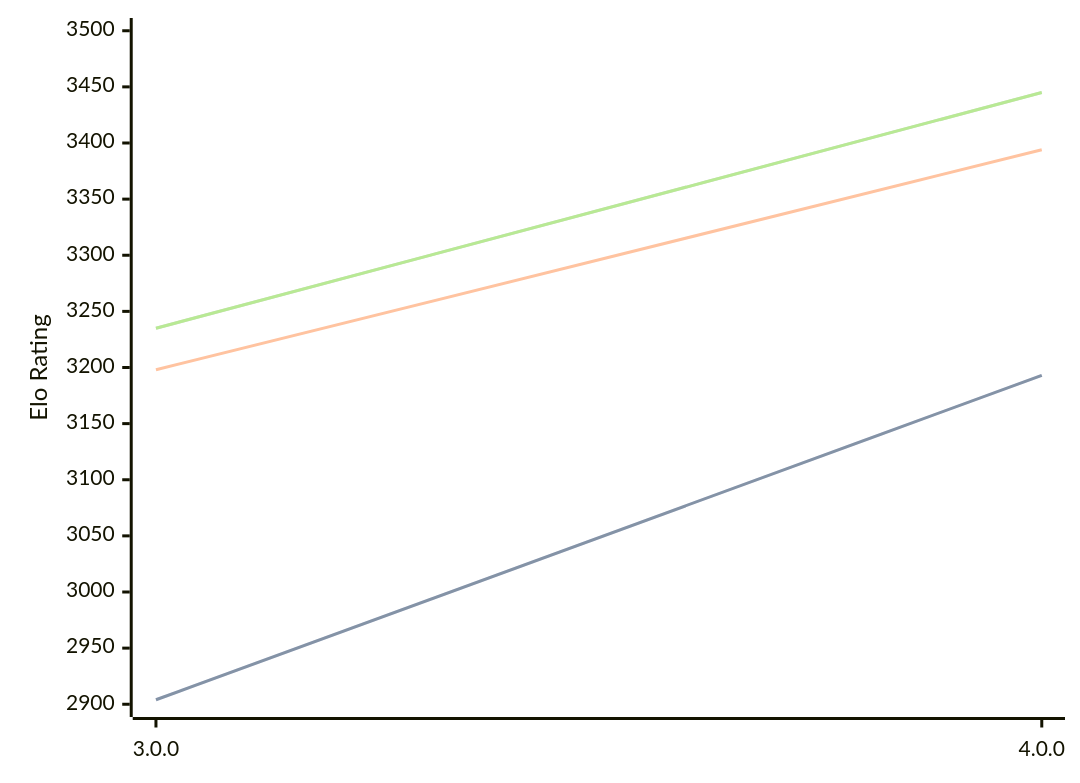
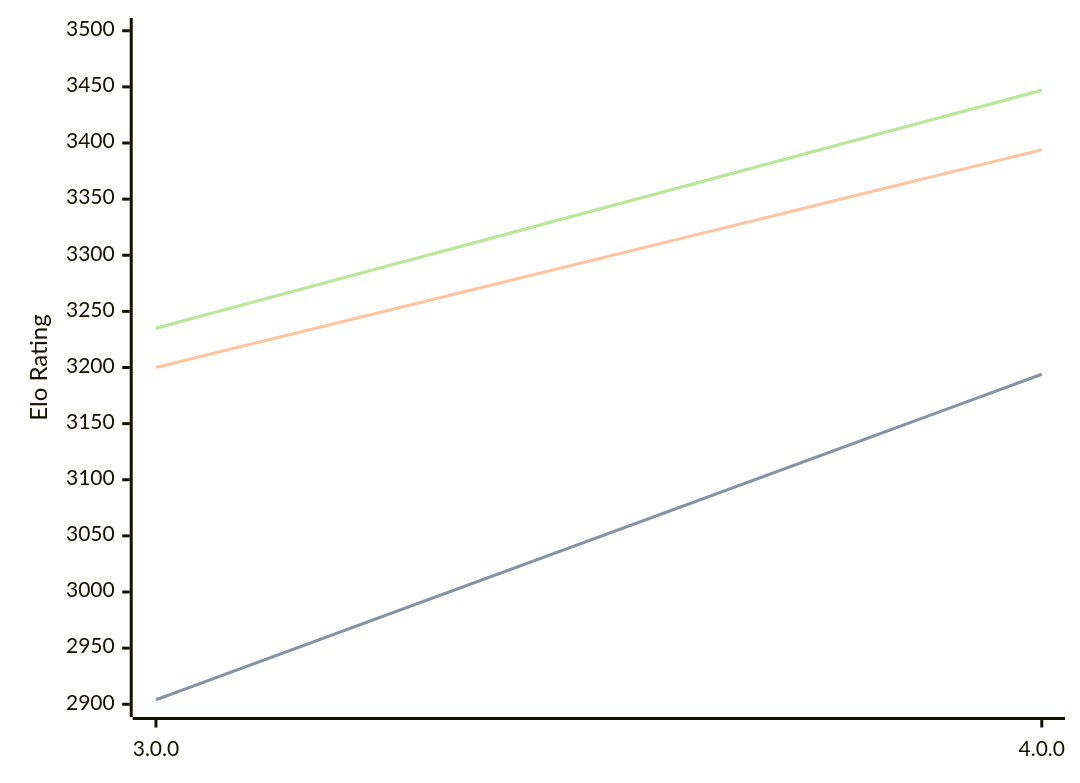
The diagram in engines/Avalanche.md (computer-chess-index/cci), drawn with Mermaid before and after one commit. The commit also changed other lines of this file, not shown here.

Commit message:
Update CCI Ratings (ELO VLTC) - 2026-09-27

````diff
--- a/engines/Avalanche.md
+++ b/engines/Avalanche.md
@@ -32,11 +32,11 @@
 ```mermaid
 %%{init: {"theme":"base","themeVariables":{"seriesColors:['#a3a3a3','#222221','#faa371']}}}%%
 xychart-beta
   x-axis ["3.0.0", "4.0.0"]
   y-axis "Elo Rating" 2900 --> 3500
-  line "" [2904, 3193]
-  line "STC (8.0+0.08s)" [2904, 3193]
-  line "LTC (60.0+0.60s)" [3198, 3394]
-  line "" [3235, 3445]
-  line "VLTC (2m24s+1.12s)" [3235, 3445]
+  line "" [2904, 3194]
+  line "STC (8.0+0.08s)" [2904, 3194]
+  line "LTC (60.0+0.60s)" [3200, 3394]
+  line "" [3235, 3447]
+  line "VLTC (2m24s+1.12s)" [3235, 3447]
 ```
````
